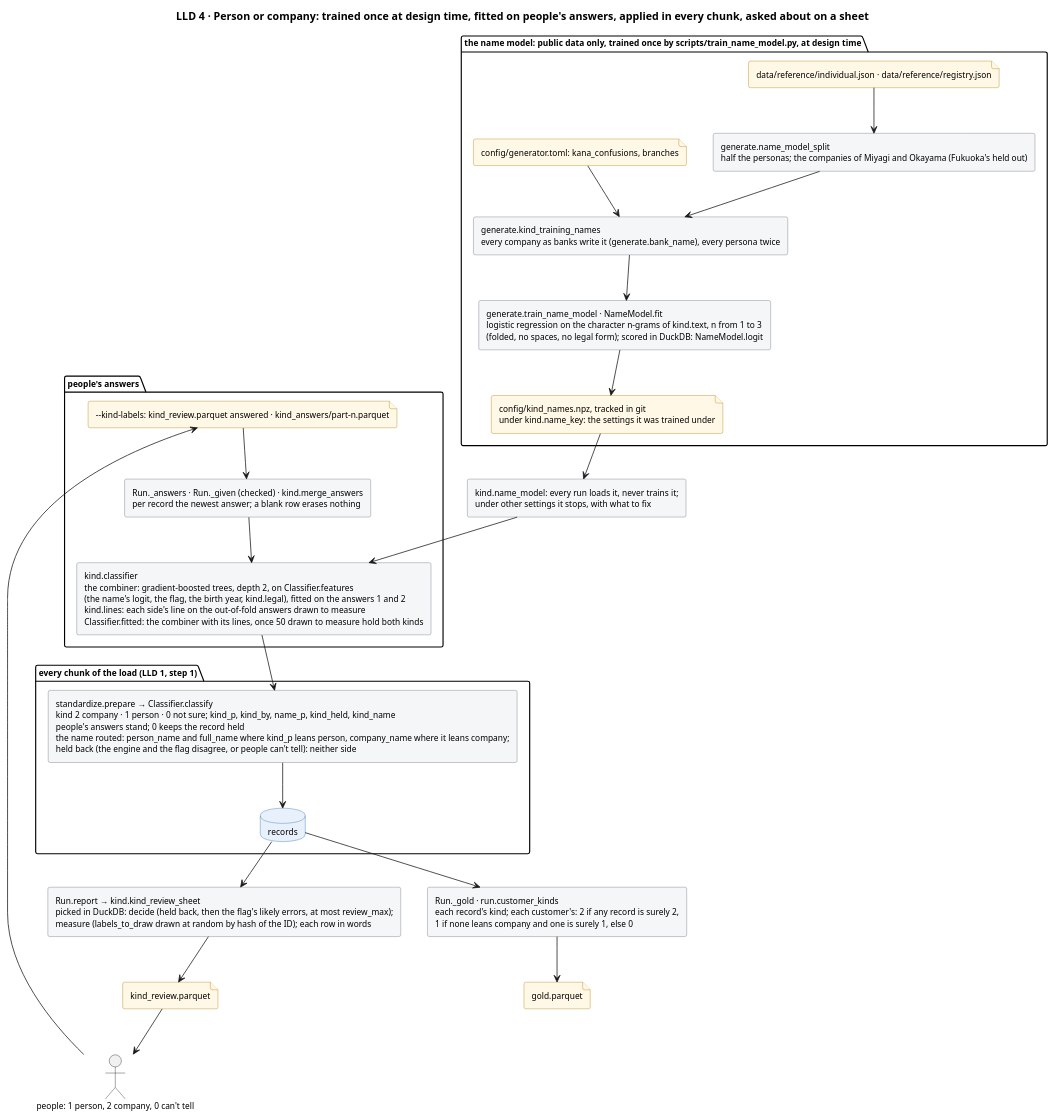
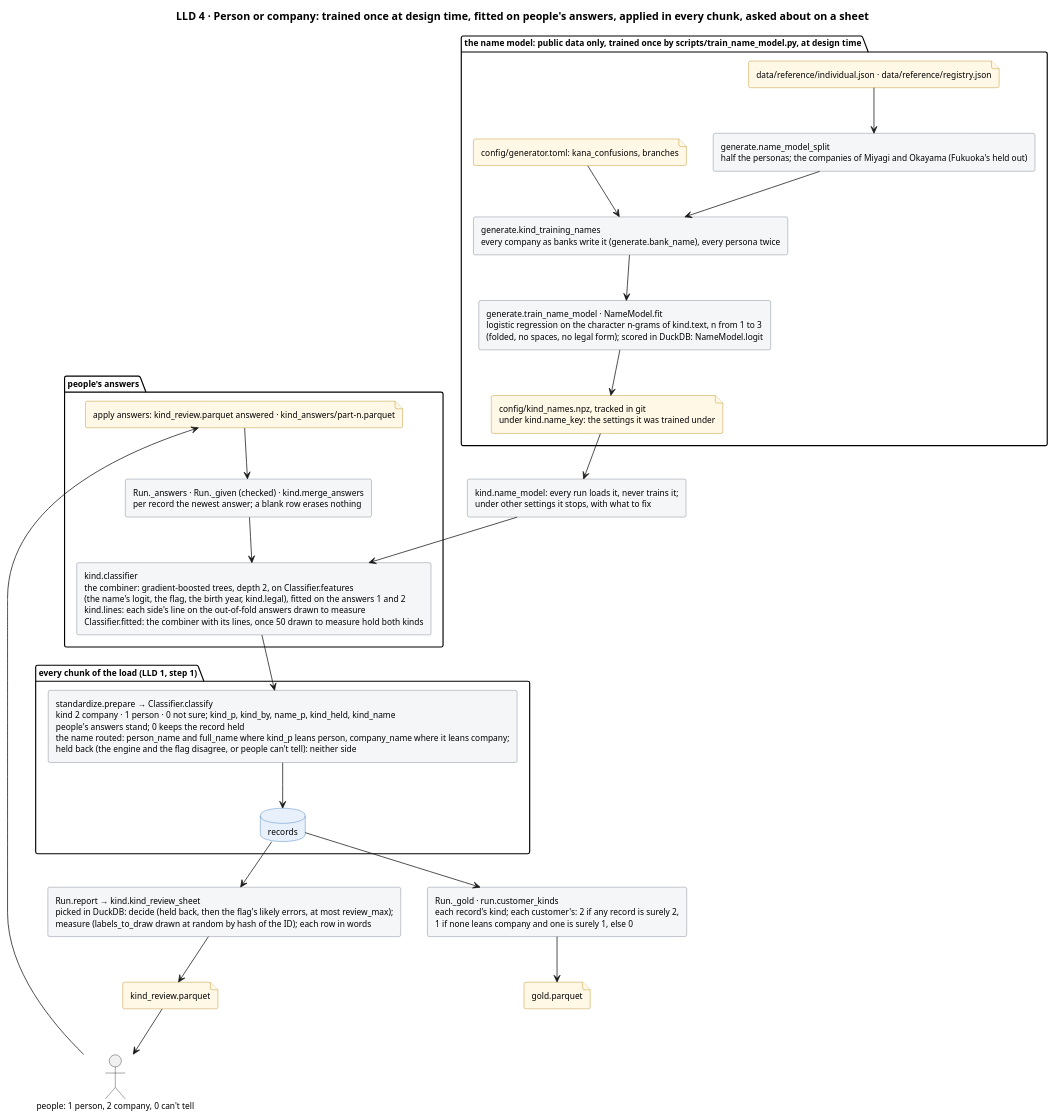
The diagram in docs/diagrams/kind.puml (mvsbm/entity_matching), drawn with PlantUML before and after one commit. The commit also changed 48 other files, not shown here.

```diff
--- a/docs/diagrams/kind.puml
+++ b/docs/diagrams/kind.puml
@@ -1,61 +1,61 @@
 @startuml kind
 title LLD 4 · Person or company: trained once at design time, fitted on people's answers, applied in every chunk, asked about on a sheet
 skinparam defaultFontSize 11
 skinparam rectangle {
   BackgroundColor #F4F6F8
   BorderColor #65717E
 }
 skinparam database {
   BackgroundColor #E8F1FB
   BorderColor #2C6DB3
 }
 skinparam file {
   BackgroundColor #FFF8E6
   BorderColor #B07D00
 }
 
 package "the name model: public data only, trained once by scripts/train_name_model.py, at design time" {
   file "data/reference/individual.json · data/reference/registry.json" as f_ref
   file "config/generator.toml: kana_confusions, branches" as f_gen
   rectangle "generate.name_model_split\nhalf the personas; the companies of Miyagi and Okayama (Fukuoka's held out)" as split
   rectangle "generate.kind_training_names\nevery company as banks write it (generate.bank_name), every persona twice" as names
   rectangle "generate.train_name_model · NameModel.fit\nlogistic regression on the character n-grams of kind.text, n from 1 to 3\n(folded, no spaces, no legal form); scored in DuckDB: NameModel.logit" as model
   file "config/kind_names.npz, tracked in git\nunder kind.name_key: the settings it was trained under" as f_cache
 }
 rectangle "kind.name_model: every run loads it, never trains it;\nunder other settings it stops, with what to fix" as load
 
 package "people's answers" {
-  file "~--kind-labels: kind_review.parquet answered · kind_answers/part-n.parquet" as f_answers
+  file "apply answers: kind_review.parquet answered · kind_answers/part-n.parquet" as f_answers
   rectangle "Run._answers · Run._given (checked) · kind.merge_answers\nper record the newest answer; a blank row erases nothing" as merge
   rectangle "kind.classifier\nthe combiner: gradient-boosted trees, depth 2, on Classifier.features\n(the name's logit, the flag, the birth year, kind.legal), fitted on the answers 1 and 2\nkind.lines: each side's line on the out-of-fold answers drawn to measure\nClassifier.fitted: the combiner with its lines, once 50 drawn to measure hold both kinds" as fit
 }
 
 package "every chunk of the load (LLD 1, step 1)" {
   rectangle "standardize.prepare → Classifier.classify\nkind 2 company · 1 person · 0 not sure; kind_p, kind_by, name_p, kind_held, kind_name\npeople's answers stand; 0 keeps the record held\nthe name routed: person_name and full_name where kind_p leans person, company_name where it leans company;\nheld back (the engine and the flag disagree, or people can't tell): neither side" as classify
   database "records" as records
 }
 
 rectangle "Run._gold · run.customer_kinds\neach record's kind; each customer's: 2 if any record is surely 2,\n1 if none leans company and one is surely 1, else 0" as gold
 file "gold.parquet" as f_gold
 rectangle "Run.report → kind.kind_review_sheet\npicked in DuckDB: decide (held back, then the flag's likely errors, at most review_max);\nmeasure (labels_to_draw drawn at random by hash of the ID); each row in words" as sheet
 file "kind_review.parquet" as f_sheet
 actor "people: 1 person, 2 company, 0 can't tell" as people
 
 f_ref --> split
 split --> names
 f_gen --> names
 names --> model
 model --> f_cache
 f_cache --> load
 load --> fit
 f_answers --> merge
 merge --> fit
 fit --> classify
 classify --> records
 records --> gold
 gold --> f_gold
 records --> sheet
 sheet --> f_sheet
 f_sheet --> people
 people --> f_answers
 @enduml
```
